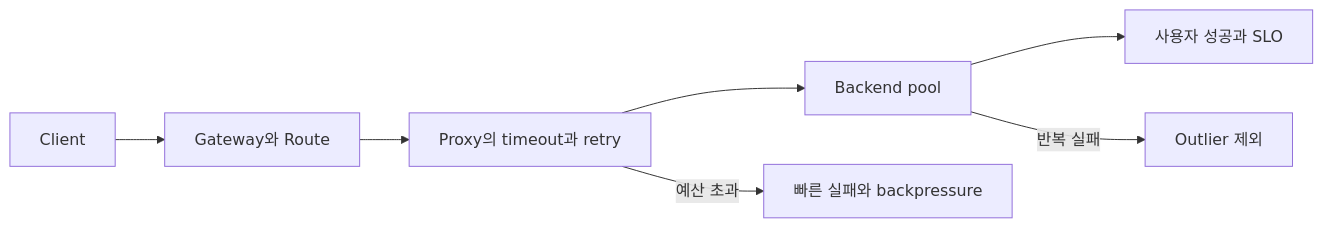
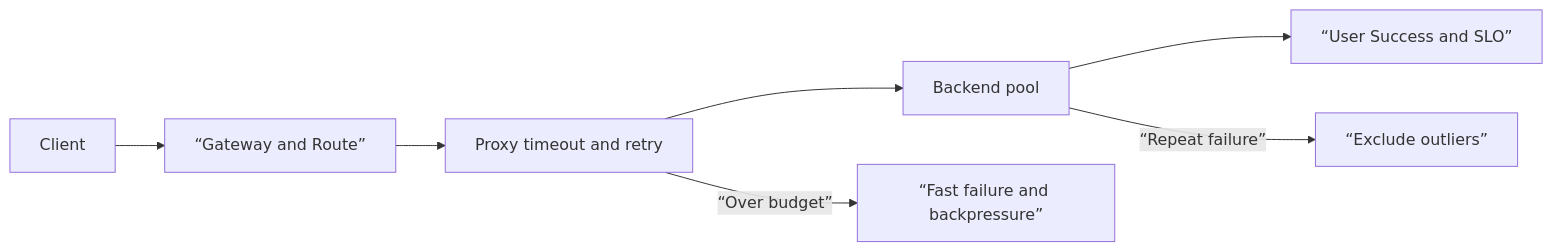
Before and after one commit to nohdol97/nohdol-study: the diagram in docs-site/content/traffic-resilience/00-roadmap.md, drawn with Mermaid. The commit also changed other lines of this file and 116 other files, not shown here.

````diff
--- a/docs-site/content/traffic-resilience/00-roadmap.md
+++ b/docs-site/content/traffic-resilience/00-roadmap.md
@@ -22,9 +22,9 @@
 ```mermaid
 flowchart LR
-  C["Client"] --> G["Gateway와 Route"]
-  G --> P["Proxy의 timeout과 retry"]
+  C["Client"] --> G[“Gateway and Route”]
+  G --> P["Proxy timeout and retry"]
   P --> B["Backend pool"]
-  B --> S["사용자 성공과 SLO"]
-  B -->|"반복 실패"| O["Outlier 제외"]
-  P -->|"예산 초과"| F["빠른 실패와 backpressure"]
+  B --> S[“User Success and SLO”]
+  B -->|“Repeat failure”| O[“Exclude outliers”]
+  P -->|“Over budget”| F[“Fast failure and backpressure”]
 ```
````
